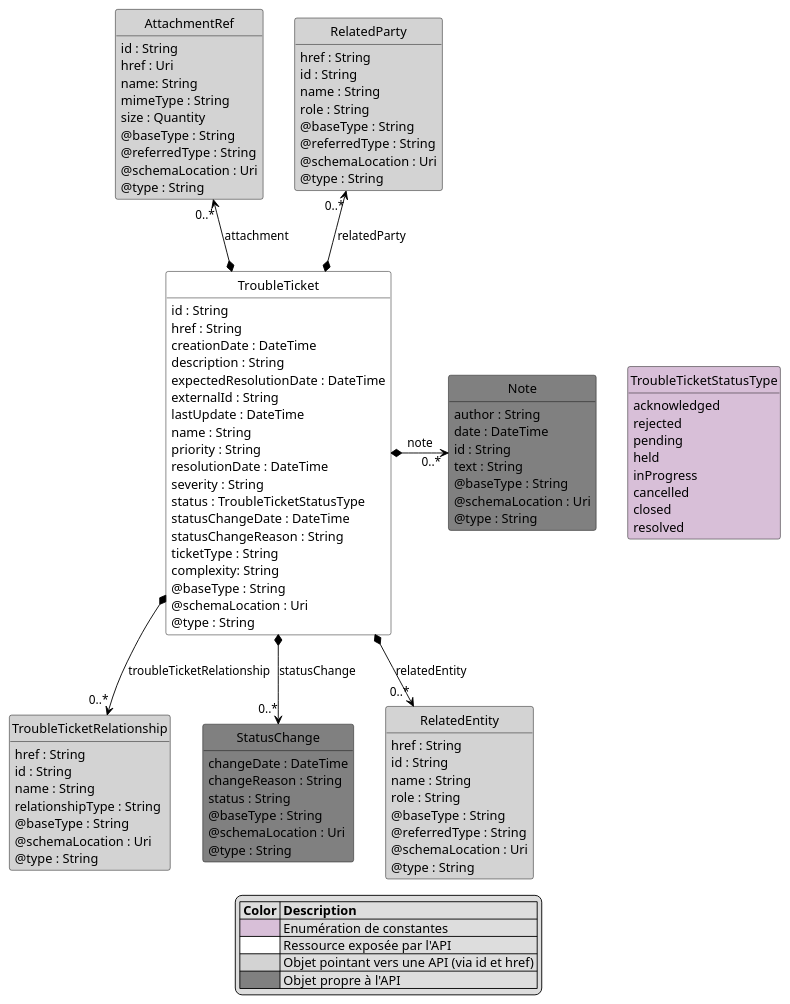
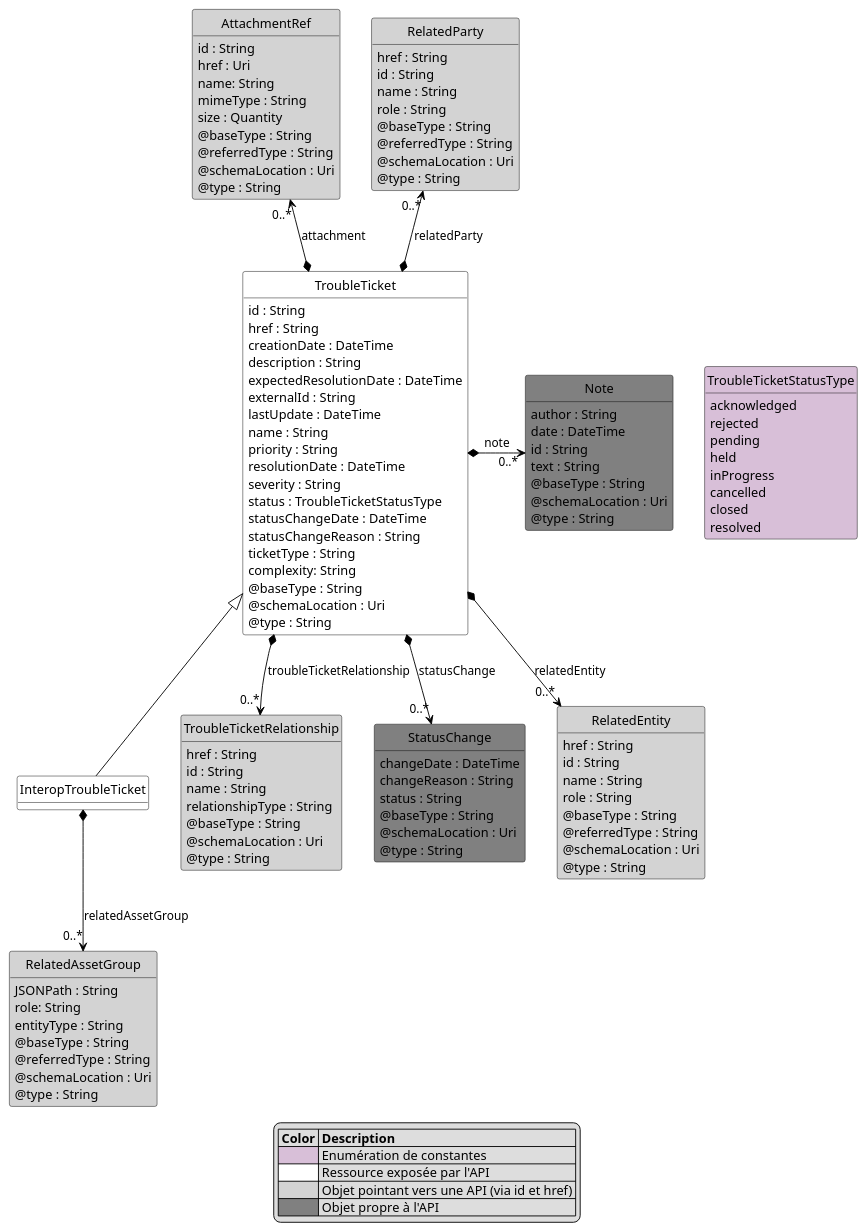
One commit to before-interop/ticketing changed the diagram in model.puml. Above: the diagram before and after it, drawn with PlantUML. The commit also changed 2 other files, not shown here.

Commit message:
feature(api): ajout du JsonPathAssetGroup pour l'identification d'entités à traiter dans le ticket via une expresion JsonPath

```diff
--- a/model.puml
+++ b/model.puml
@@ -1,133 +1,149 @@
 @startuml
 hide circle
 hide methods
 hide stereotype
 show <<Enumeration>> stereotype
 skinparam class {
    BackgroundColor<<Enumeration>> #Thistle
    BackgroundColor<<Ref>> #LightGrey
    BackgroundColor<<Pivot>> #FFFFFFF
    BackgroundColor #Grey
    BorderColor #Black
    ArrowColor #Black
 }
 
 class TroubleTicket  <<Pivot>> {
     id : String
     href : String
     creationDate : DateTime
     description : String
     expectedResolutionDate : DateTime
     externalId : String
     lastUpdate : DateTime
     name : String
     priority : String
     resolutionDate : DateTime
     severity : String
     status : TroubleTicketStatusType
     statusChangeDate : DateTime
     statusChangeReason : String
     ticketType : String
     complexity: String
     @baseType : String
     @schemaLocation : Uri
     @type : String
 }
+
+class InteropTroubleTicket <<Pivot>> {
+}
+TroubleTicket <|-- InteropTroubleTicket
 
 class TroubleTicketStatusType <<Enumeration>> {
     acknowledged
     rejected
     pending
     held
     inProgress
     cancelled
     closed
     resolved
 }
 
 class Note  {
     author : String
     date : DateTime
     id : String
     text : String
     @baseType : String
     @schemaLocation : Uri
     @type : String
 }
 
 class TroubleTicketRelationship  <<Ref>> {
     href : String
     id : String
     name : String
     relationshipType : String
     @baseType : String
     @schemaLocation : Uri
     @type : String
 }
 
 class AttachmentRef <<Ref>>  {
     id : String
     href : Uri
     name: String
     mimeType : String
     size : Quantity
     @baseType : String
     @referredType : String
     @schemaLocation : Uri
     @type : String
 }
 
 class StatusChange  {
     changeDate : DateTime
     changeReason : String
     status : String
     @baseType : String
     @schemaLocation : Uri
     @type : String
 }
 
 class RelatedEntity <<Ref>> {
     href : String
     id : String
     name : String
     role : String
     @baseType : String
     @referredType : String
     @schemaLocation : Uri
     @type : String
 }
 
+class RelatedAssetGroup <<Ref>> {
+    JSONPath : String
+    role: String
+    entityType : String
+    @baseType : String
+    @referredType : String
+    @schemaLocation : Uri
+    @type : String
+}
+
 class RelatedParty <<Ref>>  {
     href : String
     id : String
     name : String
     role : String
     @baseType : String
     @referredType : String
     @schemaLocation : Uri
     @type : String
 }
 
 TroubleTicket -right[hidden]-> TroubleTicketStatusType
 
 Note "0..*" <-left-* TroubleTicket : note
 
 AttachmentRef "0..*" <--* TroubleTicket : attachment
 
 RelatedParty "0..*" <--* TroubleTicket : relatedParty
 
 TroubleTicket *-->  "0..*" StatusChange : statusChange
 
 TroubleTicket *-->  "0..*" TroubleTicketRelationship : troubleTicketRelationship
 
 TroubleTicket *-->  "0..*" RelatedEntity : relatedEntity
 
+InteropTroubleTicket *-->  "0..*" RelatedAssetGroup : relatedAssetGroup
+
 legend
     |= Color |= Description |
     |<#Thistle>| Enumération de constantes|
     |<#FFFFFF>| Ressource exposée par l'API |
     |<#LightGrey>| Objet pointant vers une API (via id et href) |
     |<#Grey>| Objet propre à l'API  |
 endlegend
 
 @enduml
```
